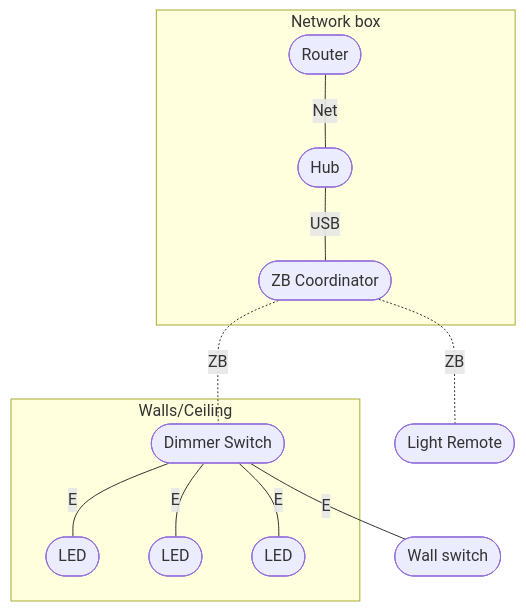
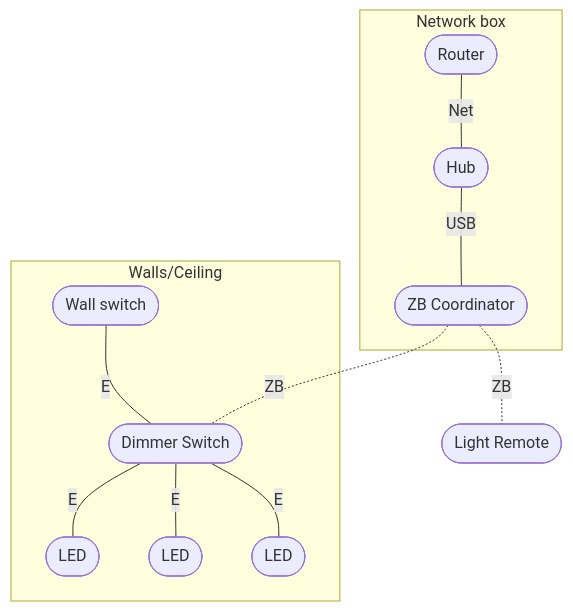
One commit to freenandes/topo-da-mente changed the diagram in content/note/connected-home-switches.md. Above: the diagram before and after it, drawn with Mermaid.

Commit message:
Dec 15, 2023, 4:01 PM

````diff
--- a/content/note/connected-home-switches.md
+++ b/content/note/connected-home-switches.md
@@ -59,16 +59,16 @@
 ```mermaid
 flowchart TB
 subgraph nwb[Network box]
     iro([Router]) --Net---
     hub([Hub]) --USB---
     coo([ZB Coordinator])
 end
 coo -.ZB.- rem([Light Remote])
 subgraph con[Walls/Ceiling]
     dsw([Dimmer Switch]) --E--- ll1([LED])
     dsw --E--- ll2([LED])
     dsw --E--- ll3([LED])
-end 
-dsw --E--- wls([Wall switch])
+    wls([Wall switch]) --E--- dsw
+end
 coo -.ZB.- dsw
 ```
````
